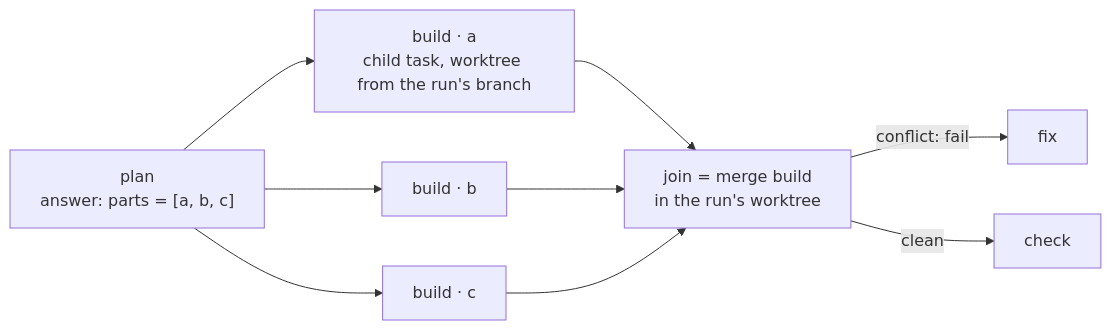
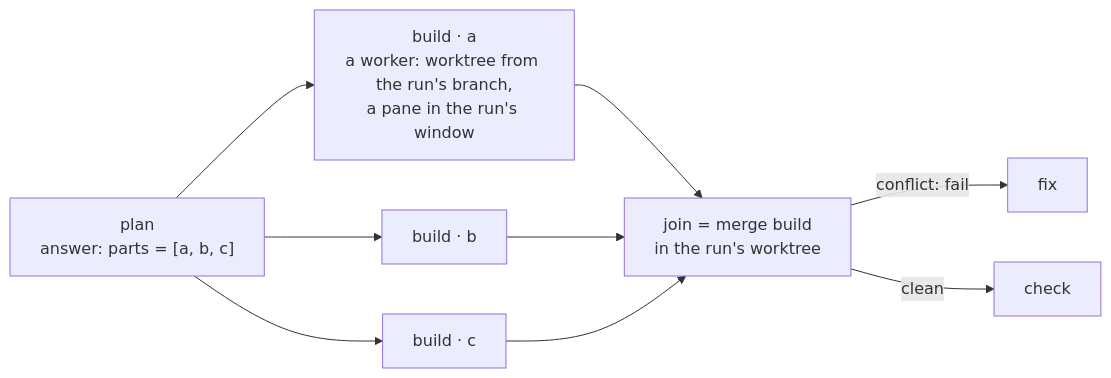
Before and after one commit to tampopogk/kanna: the third of 4 diagrams in docs/specs/software-factory.md, drawn with Mermaid. The commit also changed other lines of this file and 9 other files, not shown here.

Commit message:
Software factory: a run is one task everywhere tasks show; its fan-out parts and remote stages are workers inside the run (a worktree and a tab of the run's window each, pipelines.workers at a time, listed on the Run tab), never tasks on the Shelf, the Desk, the strip or task list

````diff
--- a/docs/specs/software-factory.md
+++ b/docs/specs/software-factory.md
@@ -70,9 +70,9 @@
 ```mermaid
 flowchart LR
-    P["plan<br/>answer: parts = [a, b, c]"] --> A["build · a<br/>child task, worktree from the run's branch"]
+    P["plan<br/>answer: parts = [a, b, c]"] --> A["build · a<br/>a worker: worktree from the run's branch,<br/>a pane in the run's window"]
     P --> B["build · b"]
     P --> C["build · c"]
     A & B & C --> J["join = merge build<br/>in the run's worktree"]
     J -->|"conflict: fail"| F["fix"]
     J -->|"clean"| N["check"]
 ```
````
